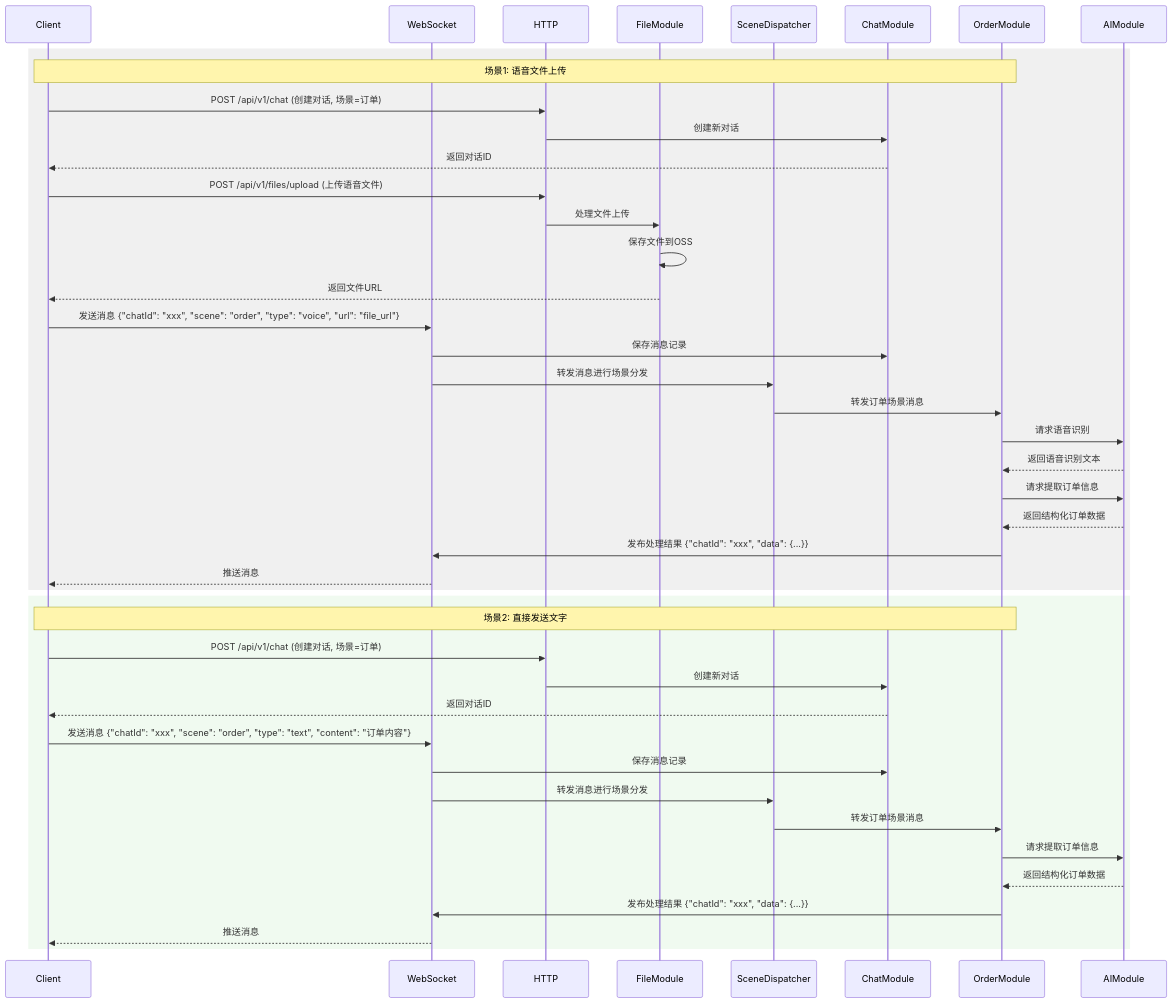
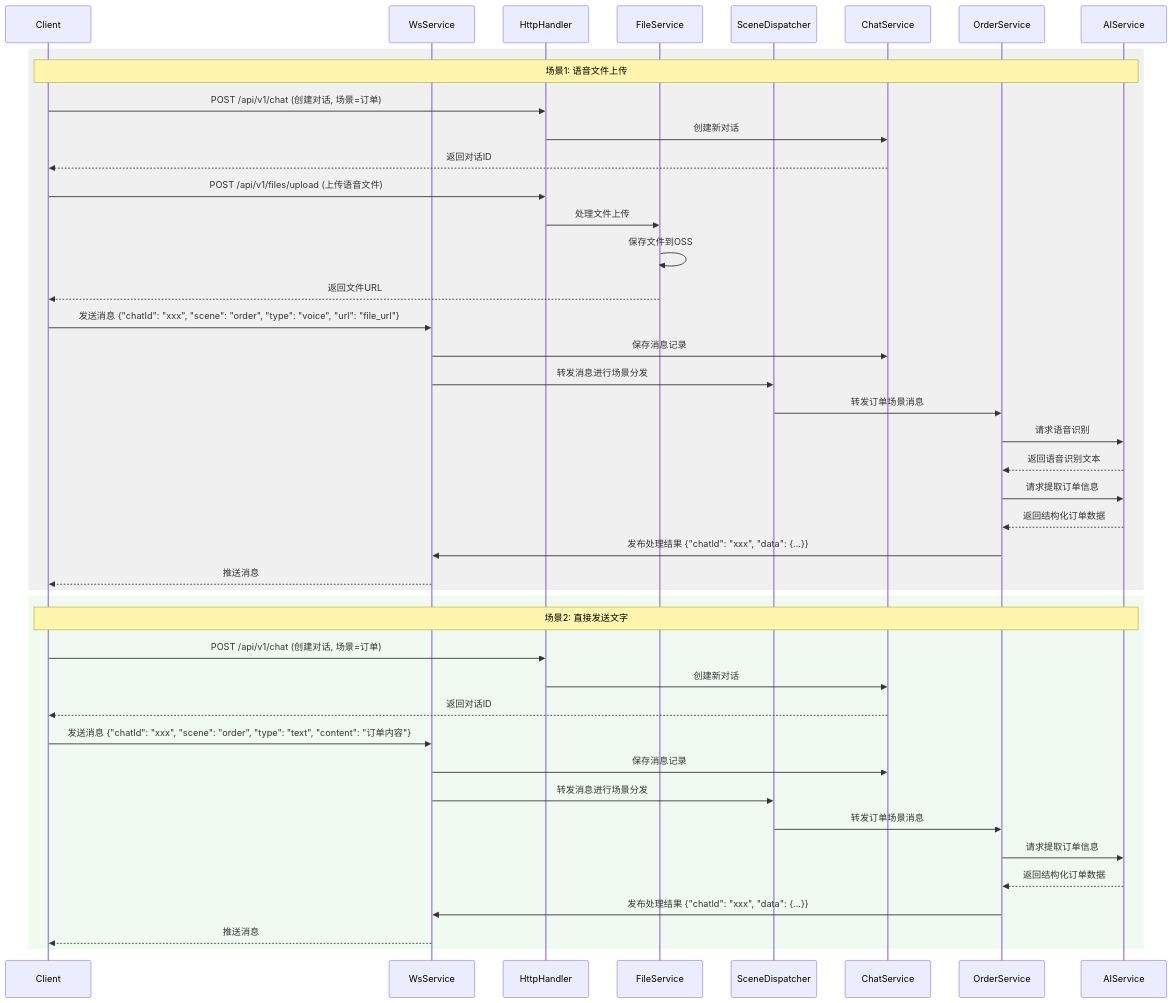
One commit to hanhzf/aiops changed the third of 5 diagrams in ai-coding/output/应用软件交互时序图.md. Above: the diagram before and after it, drawn with Mermaid. The commit also changed other lines of this file and 1 other file, not shown here.

````diff
--- a/ai-coding/output/应用软件交互时序图.md
+++ b/ai-coding/output/应用软件交互时序图.md
@@ -91,56 +91,56 @@
 ```mermaid
 sequenceDiagram
     participant Client
-    participant WebSocket
-    participant HTTP
-    participant FileModule
+    participant WsService
+    participant HttpHandler
+    participant FileService
     participant SceneDispatcher
-    participant ChatModule
-    participant OrderModule
-    participant AIModule
+    participant ChatService
+    participant OrderService
+    participant AIService
 
     %% %% WebSocket连接建立（只需要建立一次）
-    %% Client->>WebSocket: 建立WebSocket连接
-    %% WebSocket-->>Client: 连接确认
+    %% Client->>WsService: 建立WebSocket连接
+    %% WsService-->>Client: 连接确认
 
     %% 场景1: 语音文件上传流程
     rect rgb(240, 240, 240)
-        Note over Client,OrderModule: 场景1: 语音文件上传
-        Client->>HTTP: POST /api/v1/chat (创建对话, 场景=订单)
-        HTTP->>ChatModule: 创建新对话
-        ChatModule-->>Client: 返回对话ID
+        Note over Client,AIService: 场景1: 语音文件上传
+        Client->>HttpHandler: POST /api/v1/chat (创建对话, 场景=订单)
+        HttpHandler->>ChatService: 创建新对话
+        ChatService-->>Client: 返回对话ID
         
-        Client->>HTTP: POST /api/v1/files/upload (上传语音文件)
-        HTTP->>FileModule: 处理文件上传
-        FileModule->>FileModule: 保存文件到OSS
-        FileModule-->>Client: 返回文件URL
+        Client->>HttpHandler: POST /api/v1/files/upload (上传语音文件)
+        HttpHandler->>FileService: 处理文件上传
+        FileService->>FileService: 保存文件到OSS
+        FileService-->>Client: 返回文件URL
         
-        Client->>WebSocket: 发送消息 {"chatId": "xxx", "scene": "order", "type": "voice", "url": "file_url"}
-        WebSocket->>ChatModule: 保存消息记录
-        WebSocket->>SceneDispatcher: 转发消息进行场景分发
-        SceneDispatcher->>OrderModule: 转发订单场景消息
-        OrderModule->>AIModule: 请求语音识别
-        AIModule-->>OrderModule: 返回语音识别文本
-        OrderModule->>AIModule: 请求提取订单信息
-        AIModule-->>OrderModule: 返回结构化订单数据
-        OrderModule->>WebSocket: 发布处理结果 {"chatId": "xxx", "data": {...}}
-        WebSocket-->>Client: 推送消息
+        Client->>WsService: 发送消息 {"chatId": "xxx", "scene": "order", "type": "voice", "url": "file_url"}
+        WsService->>ChatService: 保存消息记录
+        WsService->>SceneDispatcher: 转发消息进行场景分发
+        SceneDispatcher->>OrderService: 转发订单场景消息
+        OrderService->>AIService: 请求语音识别
+        AIService-->>OrderService: 返回语音识别文本
+        OrderService->>AIService: 请求提取订单信息
+        AIService-->>OrderService: 返回结构化订单数据
+        OrderService->>WsService: 发布处理结果 {"chatId": "xxx", "data": {...}}
+        WsService-->>Client: 推送消息
     end
 
     %% 场景2: 直接发送文字流程
     rect rgb(240, 250, 240)
-        Note over Client,OrderModule: 场景2: 直接发送文字
-        Client->>HTTP: POST /api/v1/chat (创建对话, 场景=订单)
-        HTTP->>ChatModule: 创建新对话
-        ChatModule-->>Client: 返回对话ID
+        Note over Client,AIService: 场景2: 直接发送文字
+        Client->>HttpHandler: POST /api/v1/chat (创建对话, 场景=订单)
+        HttpHandler->>ChatService: 创建新对话
+        ChatService-->>Client: 返回对话ID
         
-        Client->>WebSocket: 发送消息 {"chatId": "xxx", "scene": "order", "type": "text", "content": "订单内容"}
-        WebSocket->>ChatModule: 保存消息记录
-        WebSocket->>SceneDispatcher: 转发消息进行场景分发
-        SceneDispatcher->>OrderModule: 转发订单场景消息
-        OrderModule->>AIModule: 请求提取订单信息
-        AIModule-->>OrderModule: 返回结构化订单数据
-        OrderModule->>WebSocket: 发布处理结果 {"chatId": "xxx", "data": {...}}
-        WebSocket-->>Client: 推送消息
+        Client->>WsService: 发送消息 {"chatId": "xxx", "scene": "order", "type": "text", "content": "订单内容"}
+        WsService->>ChatService: 保存消息记录
+        WsService->>SceneDispatcher: 转发消息进行场景分发
+        SceneDispatcher->>OrderService: 转发订单场景消息
+        OrderService->>AIService: 请求提取订单信息
+        AIService-->>OrderService: 返回结构化订单数据
+        OrderService->>WsService: 发布处理结果 {"chatId": "xxx", "data": {...}}
+        WsService-->>Client: 推送消息
     end
 ```
````
